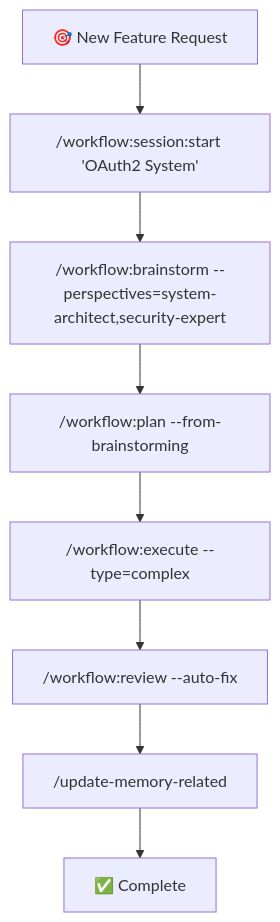
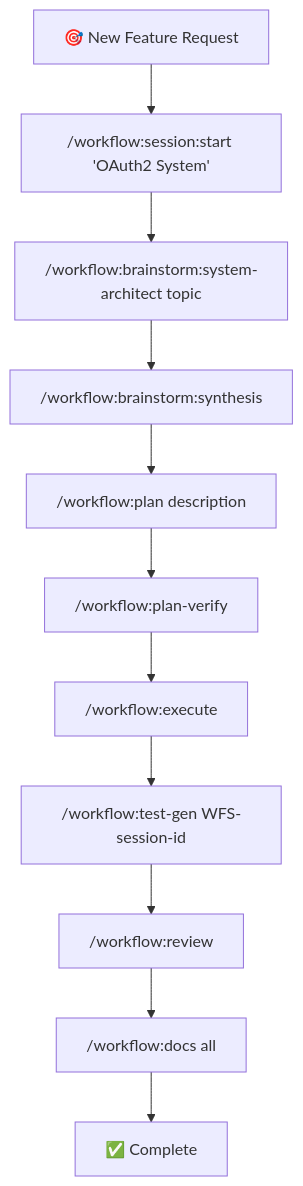
One commit to 74587/Claude-Code-Workflow changed the second of 3 diagrams in README.md. Above: the diagram before and after it, drawn with Mermaid. The commit also changed other lines of this file and 8 other files, not shown here.

First line of the commit message:
feat: Update workflow architecture documentation and clean up scripts

````diff
--- a/README.md
+++ b/README.md
@@ -217,10 +251,13 @@
 ```mermaid
 graph TD
     START[🎯 New Feature Request] --> SESSION["/workflow:session:start 'OAuth2 System'"]
-    SESSION --> BRAINSTORM["/workflow:brainstorm --perspectives=system-architect,security-expert"]
-    BRAINSTORM --> PLAN["/workflow:plan --from-brainstorming"]
-    PLAN --> EXECUTE["/workflow:execute --type=complex"]
-    EXECUTE --> REVIEW["/workflow:review --auto-fix"]
-    REVIEW --> DOCS["/update-memory-related"]
+    SESSION --> BRAINSTORM["/workflow:brainstorm:system-architect topic"]
+    BRAINSTORM --> SYNTHESIS["/workflow:brainstorm:synthesis"]
+    SYNTHESIS --> PLAN["/workflow:plan description"]
+    PLAN --> VERIFY["/workflow:plan-verify"]
+    VERIFY --> EXECUTE["/workflow:execute"]
+    EXECUTE --> TEST["/workflow:test-gen WFS-session-id"]
+    TEST --> REVIEW["/workflow:review"]
+    REVIEW --> DOCS["/workflow:docs all"]
     DOCS --> COMPLETE[✅ Complete]
 ```
````
